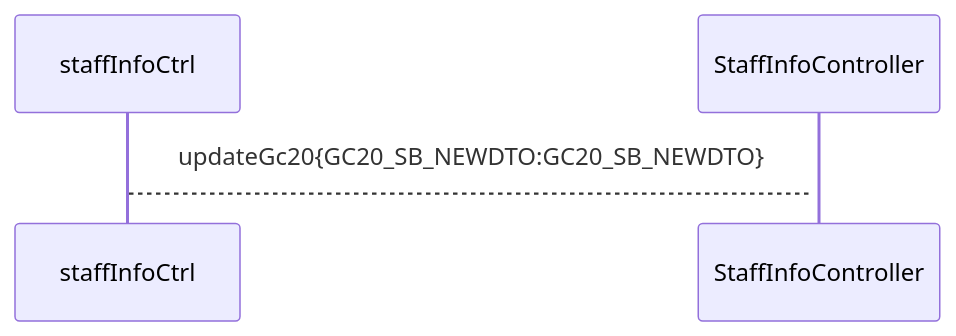
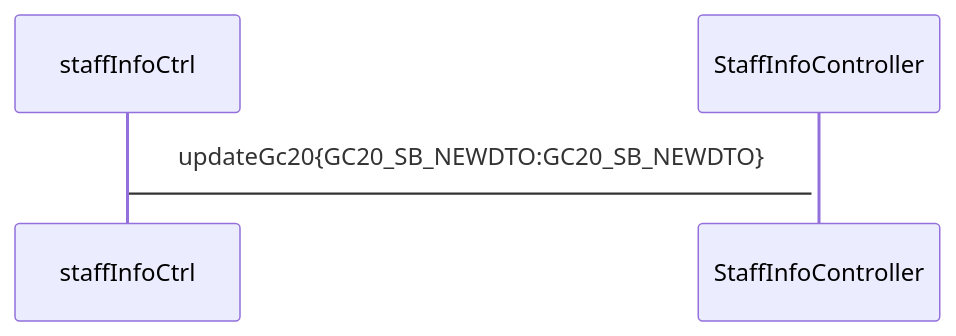
The diagram in all/未命名.md (ZhangJianBeiJing/iodraw-files), drawn with Mermaid before and after one commit.

Commit message:
2025-03-24 18:51:23 update

````diff
--- a/all/未命名.md
+++ b/all/未命名.md
@@ -1,6 +1,6 @@
 ```mermaid
 sequenceDiagram
-    staffInfoCtrl-->+StaffInfoController:updateGc20{GC20_SB_NEWDTO:GC20_SB_NEWDTO}
-    
+    staffInfoCtrl->+StaffInfoController:updateGc20{GC20_SB_NEWDTO:GC20_SB_NEWDTO}
+
             
 ```
````
